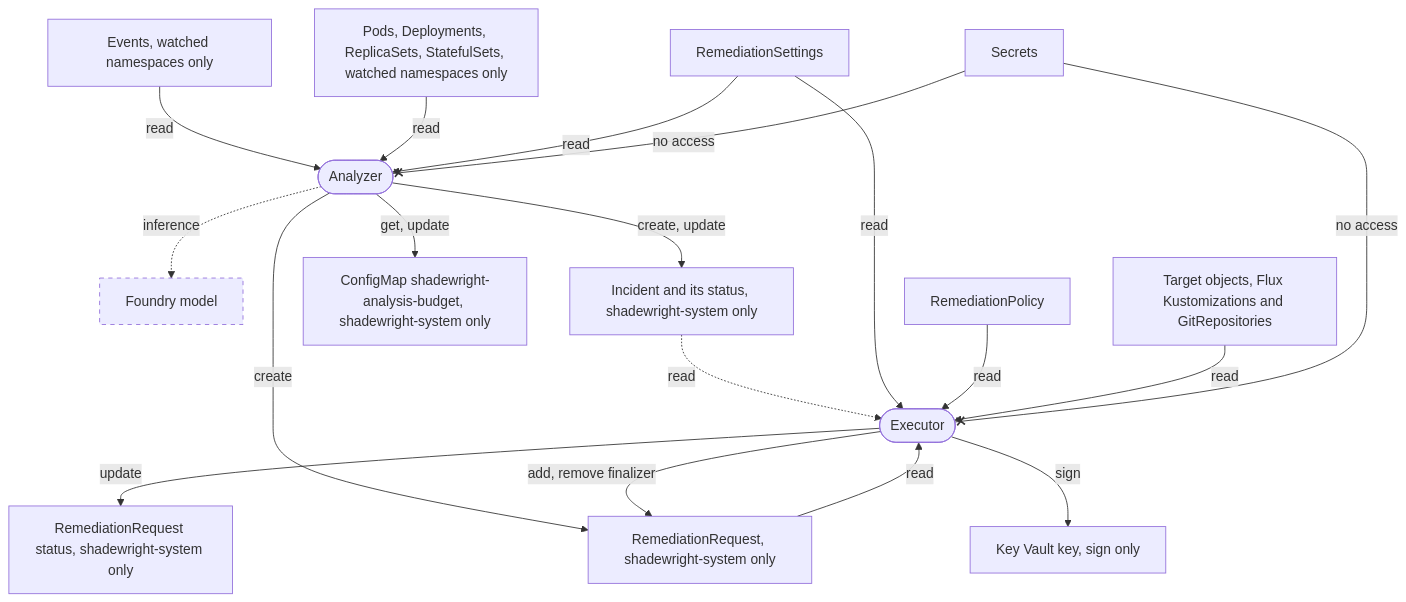
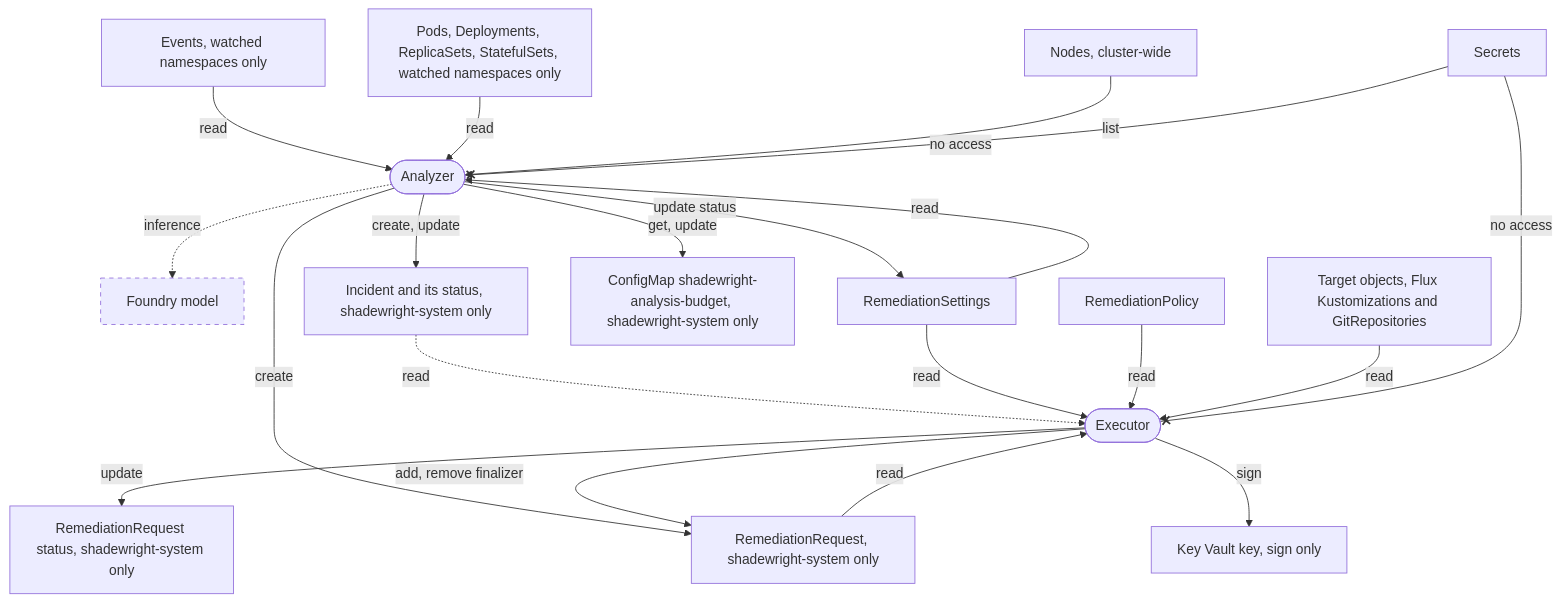
The fifth of 5 diagrams in docs/design.md (pkalin/shadewright), drawn with Mermaid before and after one commit. The commit also changed other lines of this file and 40 other files, not shown here.

````diff
--- a/docs/design.md
+++ b/docs/design.md
@@ -672,36 +677,39 @@
 ```mermaid
 flowchart TB
     ev["Events, watched namespaces only"]
     wl["Pods, Deployments, ReplicaSets, StatefulSets, watched namespaces only"]
     an([Analyzer])
     fm[Foundry model]
     inc["Incident and its status, shadewright-system only"]
     rr["RemediationRequest, shadewright-system only"]
     set[RemediationSettings]
     budget["ConfigMap shadewright-analysis-budget, shadewright-system only"]
     pol[RemediationPolicy]
     tgt[Target objects, Flux Kustomizations and GitRepositories]
     ex([Executor])
     rrs["RemediationRequest status, shadewright-system only"]
     kv[Key Vault key, sign only]
     sec[Secrets]
+    nodes[Nodes, cluster-wide]
     ev -- read --> an
     wl -- read --> an
     set -- read --> an
+    nodes -- list --> an
+    an -- update status --> set
     an -- get, update --> budget
     an -. inference .-> fm
     an -- create, update --> inc
     an -- create --> rr
     inc -. read .-> ex
     rr -- read --> ex
     set -- read --> ex
     pol -- read --> ex
     tgt -- read --> ex
     ex -- update --> rrs
     ex -- add, remove finalizer --> rr
     ex -- sign --> kv
     sec -- no access --x an
     sec -- no access --x ex
     classDef planned stroke-dasharray: 5 5
     class fm planned
 ```
````
